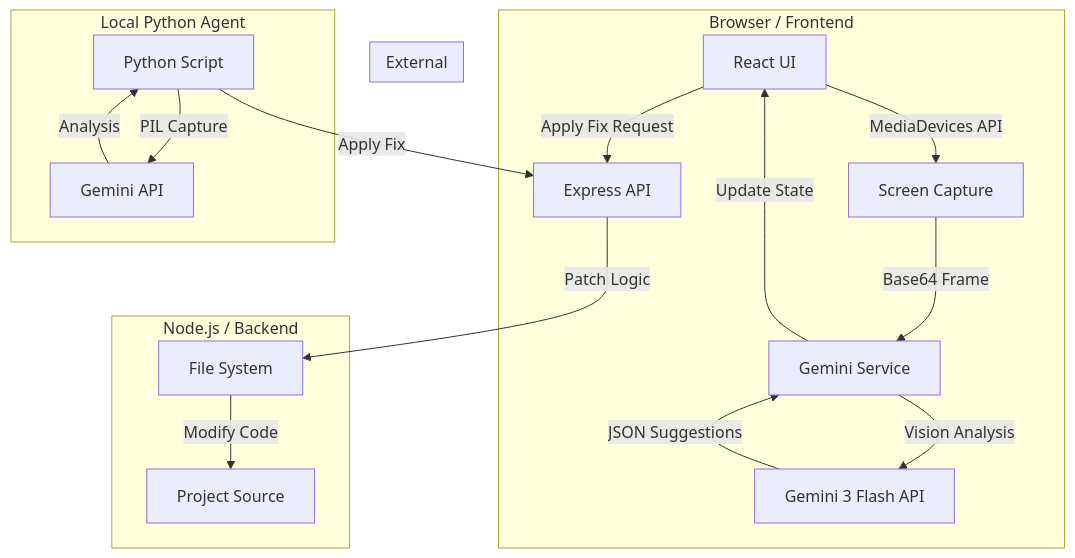
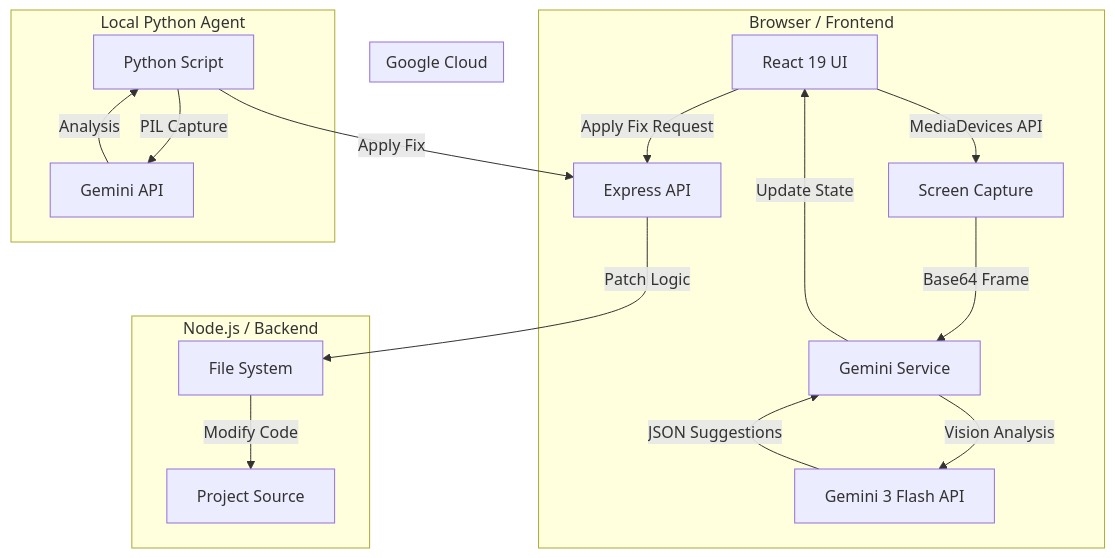
One commit to MaxPrime7097/spectre changed the diagram in README.md. Above: the diagram before and after it, drawn with Mermaid. The commit also changed other lines of this file and 2 other files, not shown here.

````diff
--- a/README.md
+++ b/README.md
@@ -10,26 +33,26 @@
 ```mermaid
 graph TD
     subgraph Client_Side [Browser / Frontend]
-        A[React UI] -->|MediaDevices API| B[Screen Capture]
+        A[React 19 UI] -->|MediaDevices API| B[Screen Capture]
         B -->|Base64 Frame| C[Gemini Service]
         C -->|Vision Analysis| D[Gemini 3 Flash API]
         D -->|JSON Suggestions| C
         C -->|Update State| A
         A -->|Apply Fix Request| E[Express API]
     end
 
     subgraph Server_Side [Node.js / Backend]
         E -->|Patch Logic| F[File System]
         F -->|Modify Code| G[Project Source]
     end
 
-    subgraph External_Services [External]
+    subgraph External_Services [Google Cloud]
         D
     end
 
     subgraph Terminal_Mode [Local Python Agent]
         H[Python Script] -->|PIL Capture| I[Gemini API]
         I -->|Analysis| H
         H -->|Apply Fix| E
     end
 ```
````
